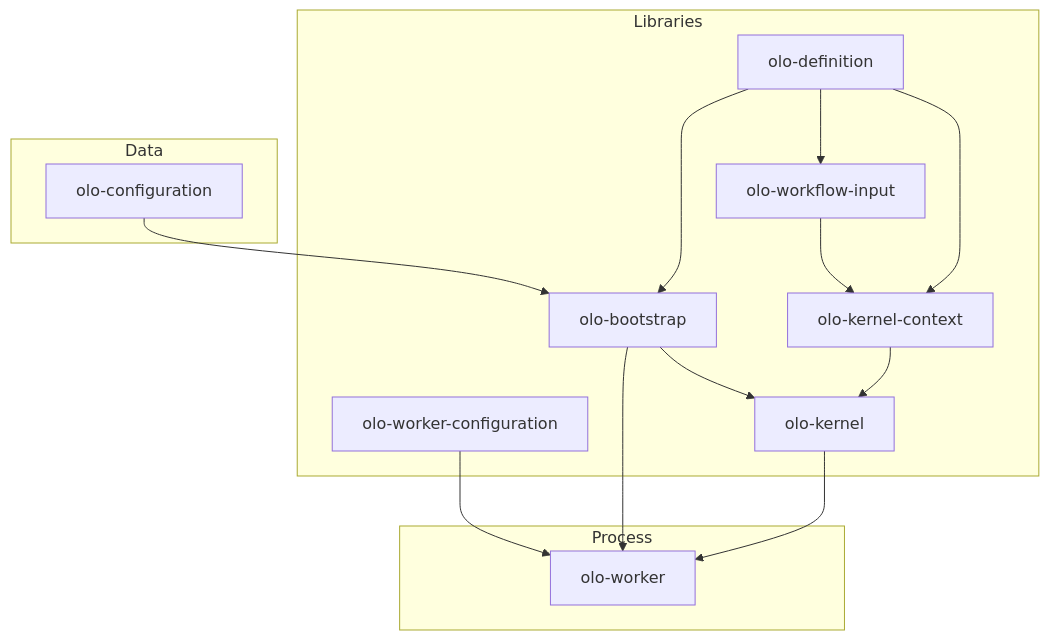
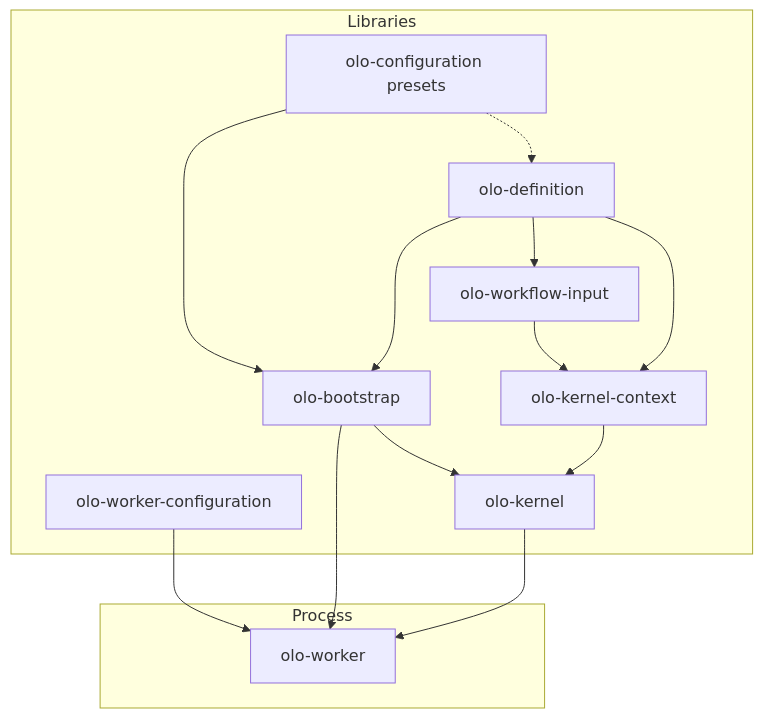
One commit to olo-labs/olo-mono changed the diagram in README.md. Above: the diagram before and after it, drawn with Mermaid. The commit also changed other lines of this file and 226 other files, not shown here.

````diff
--- a/README.md
+++ b/README.md
@@ -16,30 +16,28 @@
 ```mermaid
 flowchart TB
-    subgraph data [Data]
-        OC[olo-configuration]
-    end
-
     subgraph libraries [Libraries]
         OD[olo-definition]
+        OC[olo-configuration presets]
         OWI[olo-workflow-input]
         OWC[olo-worker-configuration]
         OB[olo-bootstrap]
         OKC[olo-kernel-context]
         OK[olo-kernel]
     end
 
     subgraph process [Process]
         OW[olo-worker]
     end
 
     OC --> OB
+    OC -.-> OD
     OD --> OWI
     OD --> OB
     OWC --> OW
     OB --> OW
     OB --> OK
     OWI --> OKC
     OD --> OKC
     OKC --> OK
     OK --> OW
 ```
````
